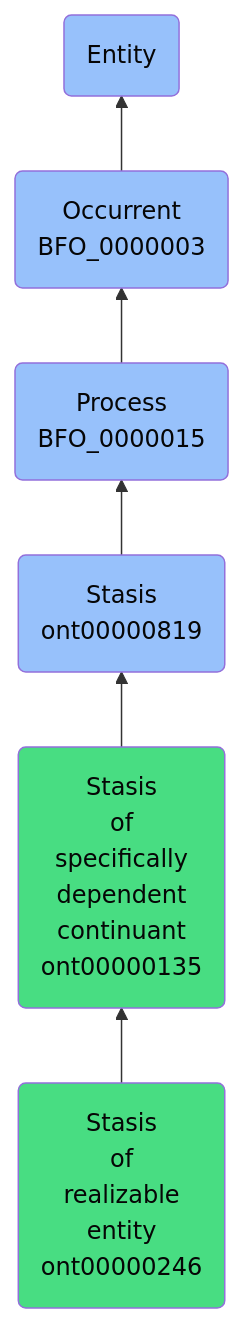
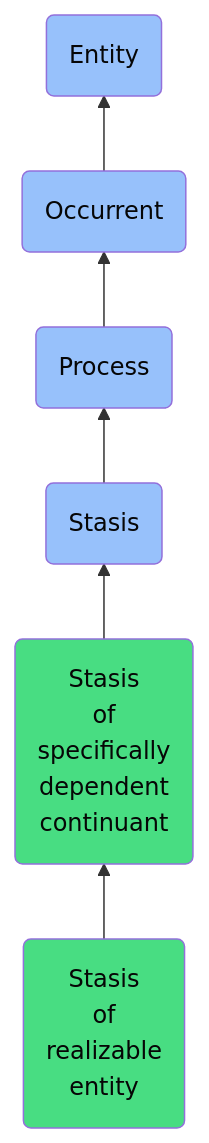
Before and after one commit to jupyter-naas/abi: the diagram in docs/ontology/reference/model/Entity/Occurrent/Process/Stasis/Stasis of specifically dependent continuant/Stasis of realizable entity/Stasis of realizable entity.md, drawn with Mermaid. The commit also changed other lines of this file and 1430 other files, not shown here.

````diff
--- a/docs/ontology/reference/model/Entity/Occurrent/Process/Stasis/Stasis of specifically dependent continuant/Stasis of realizable entity/Stasis of realizable entity.md
+++ b/docs/ontology/reference/model/Entity/Occurrent/Process/Stasis/Stasis of specifically dependent continuant/Stasis of realizable entity/Stasis of realizable entity.md
@@ -24,13 +24,13 @@
 ```mermaid
 graph BT
-    ont00000246(Stasis<br>of<br>realizable<br>entity<br>ont00000246):::ABI-->ont00000135
-    ont00000135(Stasis<br>of<br>specifically<br>dependent<br>continuant<br>ont00000135):::ABI-->ont00000819
-    ont00000819(Stasis<br>ont00000819):::BFO-->BFO_0000015
-    BFO_0000015(Process<br>BFO_0000015):::BFO-->BFO_0000003
-    BFO_0000003(Occurrent<br>BFO_0000003):::BFO-->BFO_0000001
+    ont00000246(Stasis<br>of<br>realizable<br>entity):::ABI-->ont00000135
+    ont00000135(Stasis<br>of<br>specifically<br>dependent<br>continuant):::ABI-->ont00000819
+    ont00000819(Stasis):::BFO-->BFO_0000015
+    BFO_0000015(Process):::BFO-->BFO_0000003
+    BFO_0000003(Occurrent):::BFO-->BFO_0000001
     BFO_0000001(Entity):::BFO
     
     classDef BFO fill:#97c1fb,color:#060606
     classDef CCO fill:#e4c51e,color:#060606
     classDef ABI fill:#48DD82,color:#060606
 ```
````
